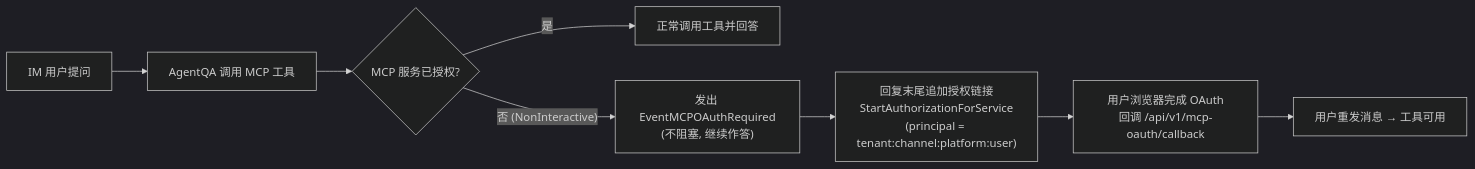
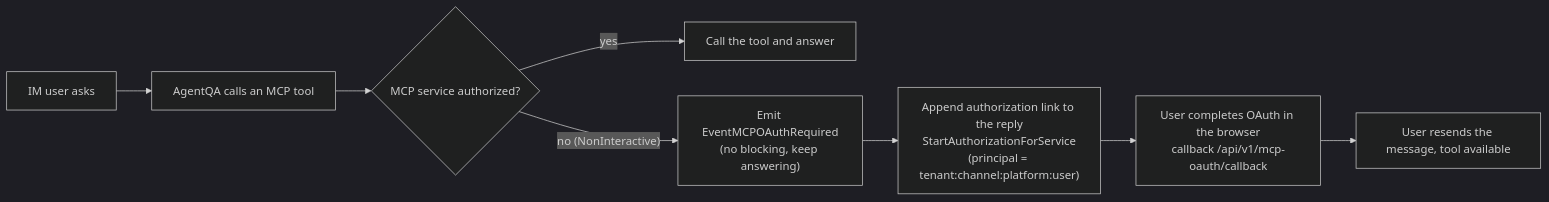
The first of 2 diagrams in website-docs/03-features/12-im-integration.md (jrmatherly/ai-kb), drawn with Mermaid (dark theme) before and after one commit. The commit also changed other lines of this file and 5 other files, not shown here.

````diff
--- a/website-docs/03-features/12-im-integration.md
+++ b/website-docs/03-features/12-im-integration.md
@@ -84,10 +86,10 @@
 ```mermaid
 flowchart LR
-    A["IM 用户提问"] --> B["AgentQA 调用 MCP 工具"]
-    B --> C{"MCP 服务已授权?"}
-    C -- "是" --> D["正常调用工具并回答"]
-    C -- "否 (NonInteractive)" --> E["发出 EventMCPOAuthRequired<br/>(不阻塞, 继续作答)"]
-    E --> F["回复末尾追加授权链接<br/>StartAuthorizationForService<br/>(principal = tenant:channel:platform:user)"]
-    F --> G["用户浏览器完成 OAuth<br/>回调 /api/v1/mcp-oauth/callback"]
-    G --> H["用户重发消息 → 工具可用"]
+    A["IM user asks"] --> B["AgentQA calls an MCP tool"]
+    B --> C{"MCP service authorized?"}
+    C -- "yes" --> D["Call the tool and answer"]
+    C -- "no (NonInteractive)" --> E["Emit EventMCPOAuthRequired<br/>(no blocking, keep answering)"]
+    E --> F["Append authorization link to the reply<br/>StartAuthorizationForService<br/>(principal = tenant:channel:platform:user)"]
+    F --> G["User completes OAuth in the browser<br/>callback /api/v1/mcp-oauth/callback"]
+    G --> H["User resends the message, tool available"]
 ```
````
